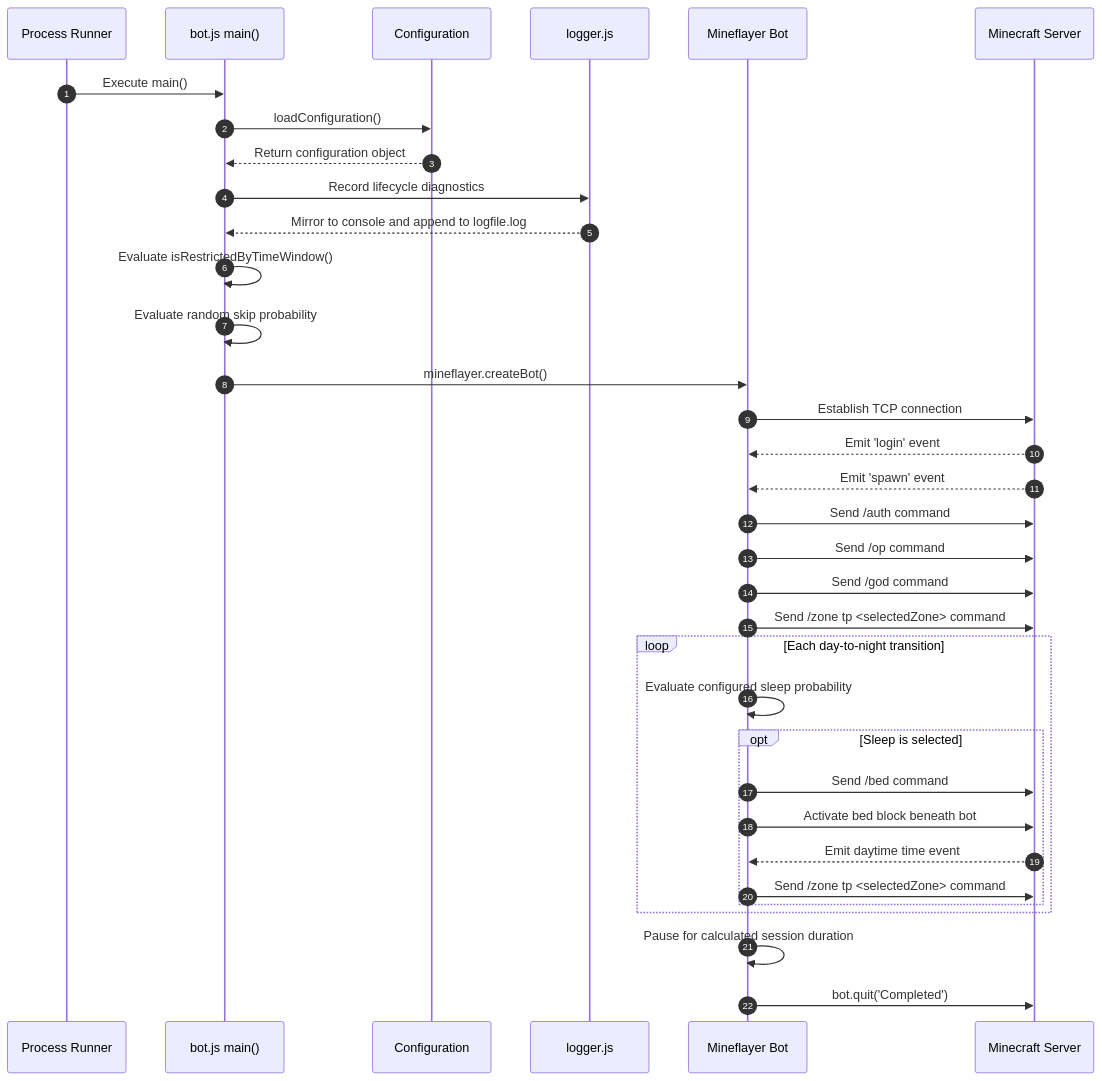
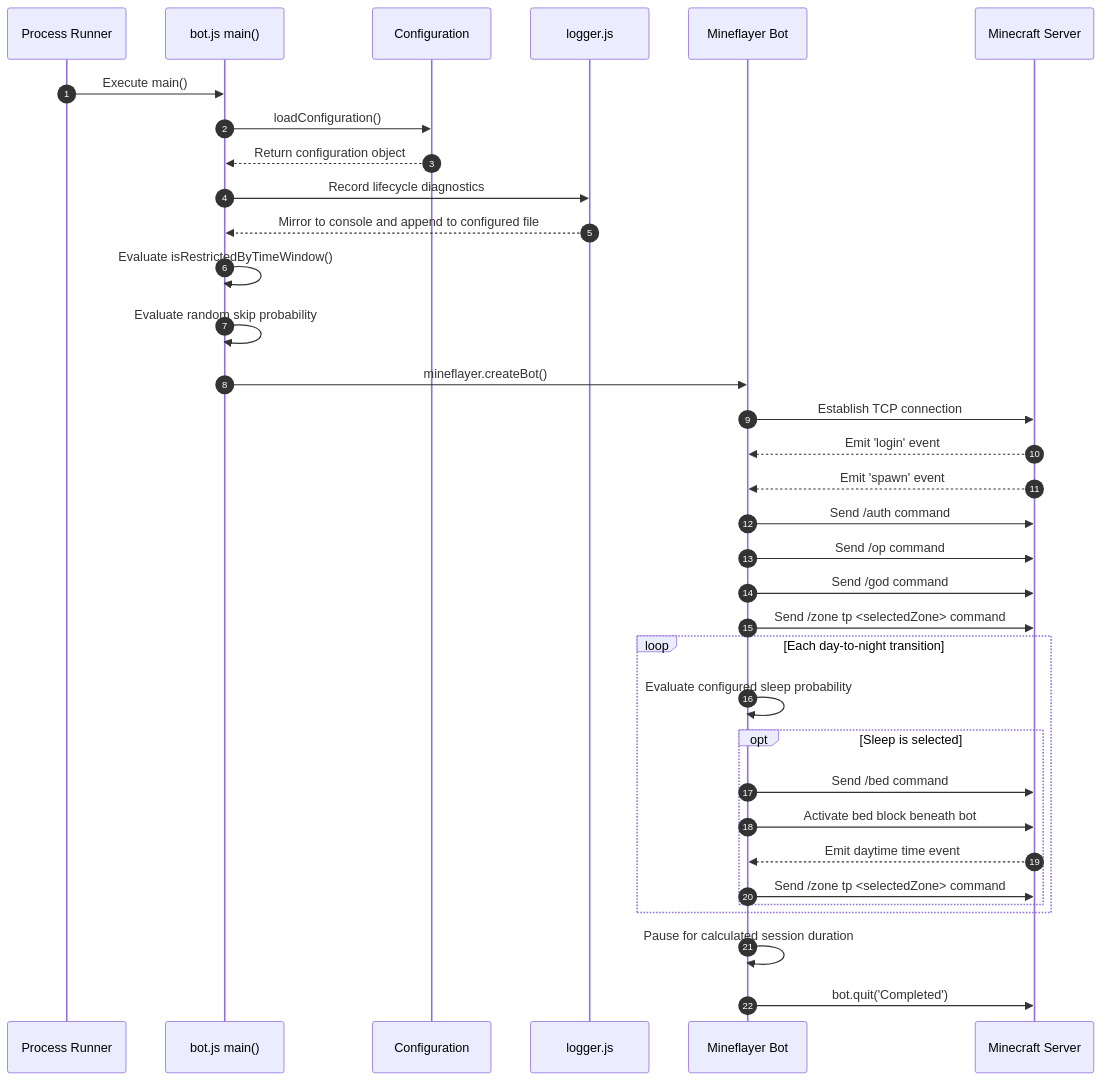
The third of 7 diagrams in ARCHITECTURE.md (hmlendea/minecraft-afk-bot), drawn with Mermaid before and after one commit. The commit also changed other lines of this file and 6 other files, not shown here.

````diff
--- a/ARCHITECTURE.md
+++ b/ARCHITECTURE.md
@@ -93,37 +93,37 @@
 ```mermaid
 sequenceDiagram
     autonumber
     participant CLI as Process Runner
     participant Main as bot.js main()
     participant Config as Configuration
     participant Logger as logger.js
     participant Bot as Mineflayer Bot
     participant Server as Minecraft Server
 
     CLI->>Main: Execute main()
     Main->>Config: loadConfiguration()
     Config-->>Main: Return configuration object
     Main->>Logger: Record lifecycle diagnostics
-    Logger-->>Main: Mirror to console and append to logfile.log
+    Logger-->>Main: Mirror to console and append to configured file
     Main->>Main: Evaluate isRestrictedByTimeWindow()
     Main->>Main: Evaluate random skip probability
     Main->>Bot: mineflayer.createBot()
     Bot->>Server: Establish TCP connection
     Server-->>Bot: Emit 'login' event
     Server-->>Bot: Emit 'spawn' event
     Bot->>Server: Send /auth command
     Bot->>Server: Send /op command
     Bot->>Server: Send /god command
     Bot->>Server: Send /zone tp <selectedZone> command
     loop Each day-to-night transition
       Bot->>Bot: Evaluate configured sleep probability
       opt Sleep is selected
         Bot->>Server: Send /bed command
         Bot->>Server: Activate bed block beneath bot
         Server-->>Bot: Emit daytime time event
             Bot->>Server: Send /zone tp <selectedZone> command
       end
     end
     Bot->>Bot: Pause for calculated session duration
     Bot->>Server: bot.quit('Completed')
 ```
````
